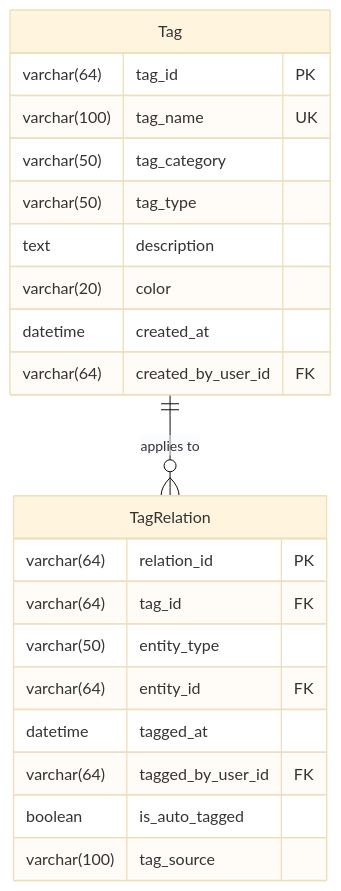
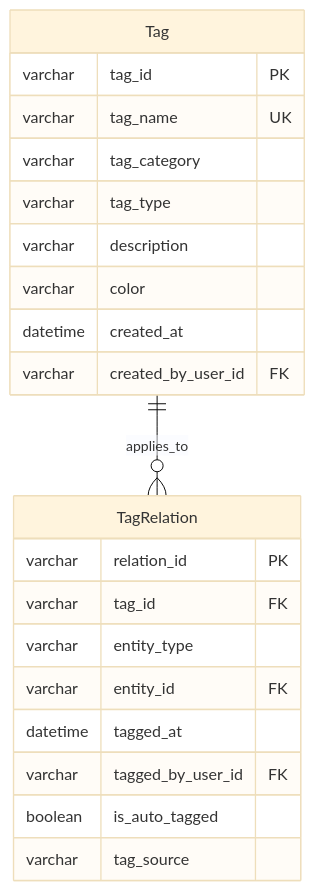
One commit to 312268112/advanced-java changed diagram 12 of 25 in docs/b2b-cdp-entity-design.md. Above: the diagram before and after it, drawn with Mermaid (base theme). The commit also changed other lines of this file, not shown here.

Commit message:
Refactor: Update B2B CDP entity design documentation

````diff
--- a/docs/b2b-cdp-entity-design.md
+++ b/docs/b2b-cdp-entity-design.md
@@ -666,26 +640,26 @@
 ```mermaid
 erDiagram
-    Tag ||--o{ TagRelation : "applies to"
+    Tag ||--o{ TagRelation : applies_to
     
     Tag {
-        varchar(64) tag_id PK
-        varchar(100) tag_name UK
-        varchar(50) tag_category
-        varchar(50) tag_type
-        text description
-        varchar(20) color
+        varchar tag_id PK
+        varchar tag_name UK
+        varchar tag_category
+        varchar tag_type
+        varchar description
+        varchar color
         datetime created_at
-        varchar(64) created_by_user_id FK
+        varchar created_by_user_id FK
     }
     
     TagRelation {
-        varchar(64) relation_id PK
-        varchar(64) tag_id FK
-        varchar(50) entity_type
-        varchar(64) entity_id FK
+        varchar relation_id PK
+        varchar tag_id FK
+        varchar entity_type
+        varchar entity_id FK
         datetime tagged_at
-        varchar(64) tagged_by_user_id FK
+        varchar tagged_by_user_id FK
         boolean is_auto_tagged
-        varchar(100) tag_source
+        varchar tag_source
     }
 ```
````
